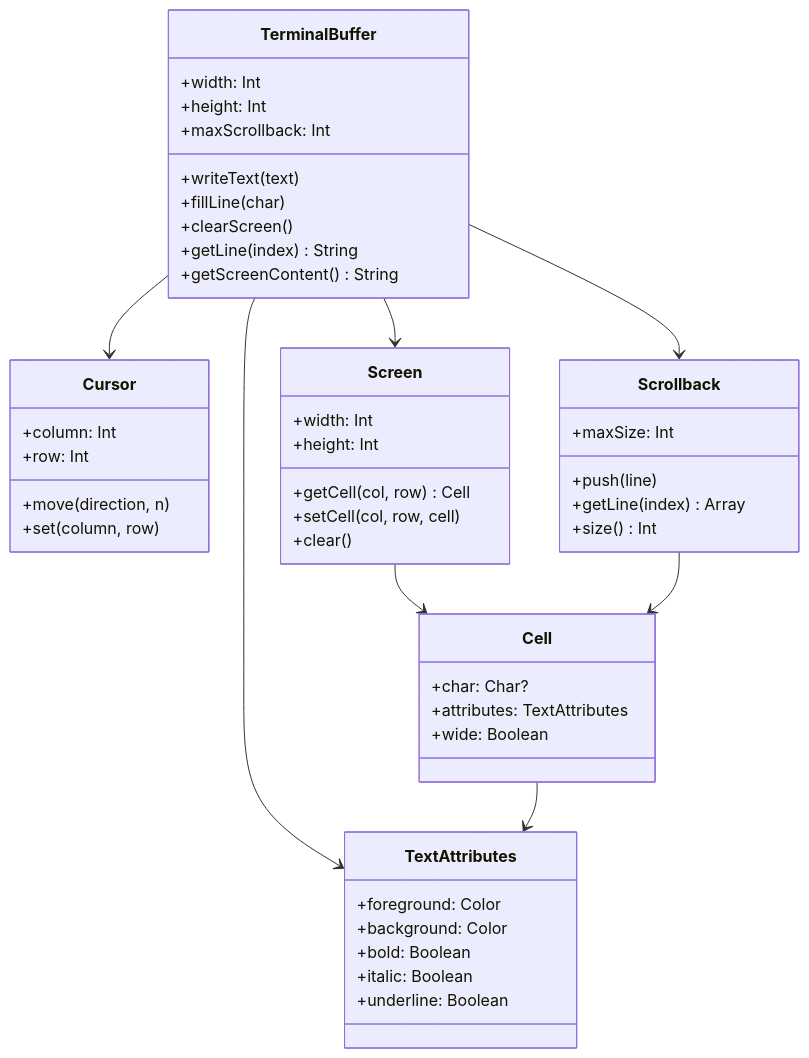
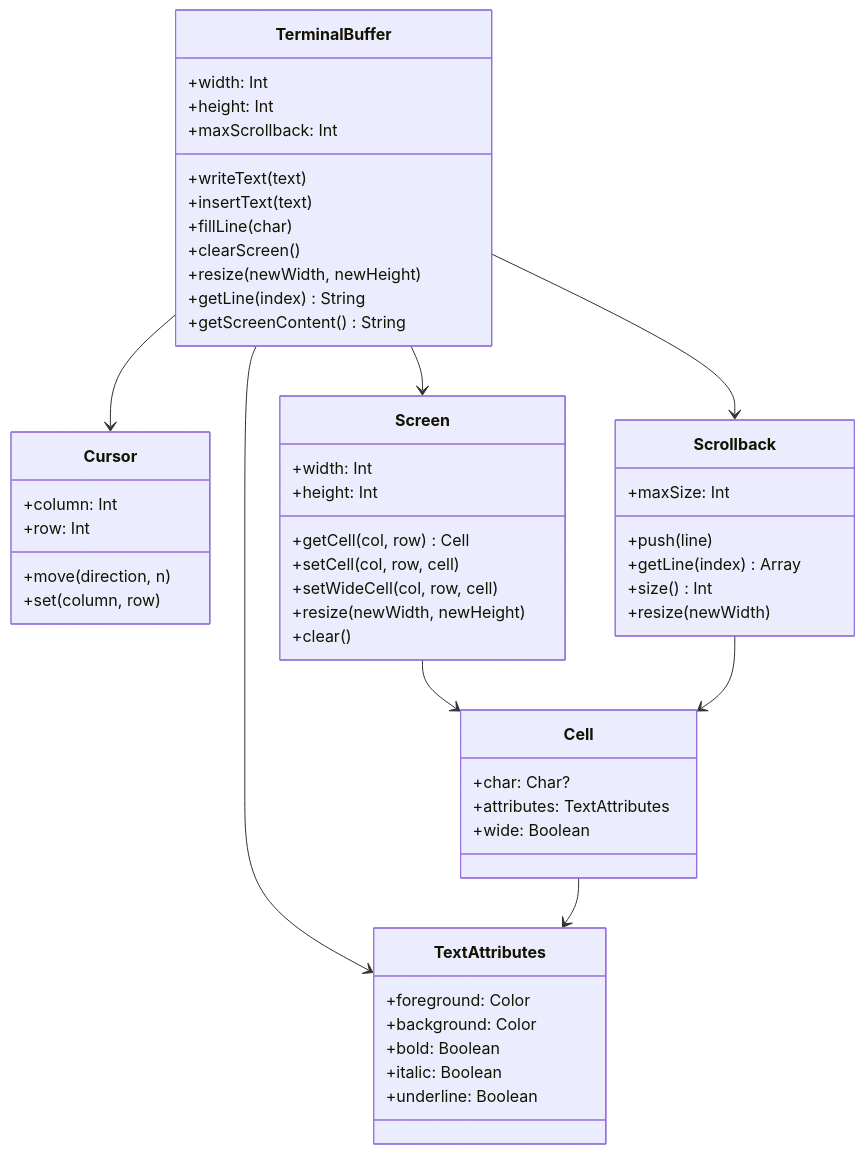
One commit to irrivero/TerminalBuffer changed the first of 2 diagrams in README.md. Above: the diagram before and after it, drawn with Mermaid. The commit also changed other lines of this file, not shown here.

Commit message:
docs: update README with wide char and resize design decisions

````diff
--- a/README.md
+++ b/README.md
@@ -22,51 +22,56 @@
 ```mermaid
 classDiagram
     class TextAttributes {
         +foreground: Color
         +background: Color
         +bold: Boolean
         +italic: Boolean
         +underline: Boolean
     }
     class Cell {
         +char: Char?
         +attributes: TextAttributes
         +wide: Boolean
     }
     class Cursor {
         +column: Int
         +row: Int
         +move(direction, n)
         +set(column, row)
     }
     class Screen {
         +width: Int
         +height: Int
         +getCell(col, row) Cell
         +setCell(col, row, cell)
+        +setWideCell(col, row, cell)
+        +resize(newWidth, newHeight)
         +clear()
     }
     class Scrollback {
         +maxSize: Int
         +push(line)
         +getLine(index) Array
         +size() Int
+        +resize(newWidth)
     }
     class TerminalBuffer {
         +width: Int
         +height: Int
         +maxScrollback: Int
         +writeText(text)
+        +insertText(text)
         +fillLine(char)
         +clearScreen()
+        +resize(newWidth, newHeight)
         +getLine(index) String
         +getScreenContent() String
     }
     TerminalBuffer --> Screen
     TerminalBuffer --> Scrollback
     TerminalBuffer --> Cursor
     TerminalBuffer --> TextAttributes
     Screen --> Cell
     Scrollback --> Cell
     Cell --> TextAttributes
 ```
````
